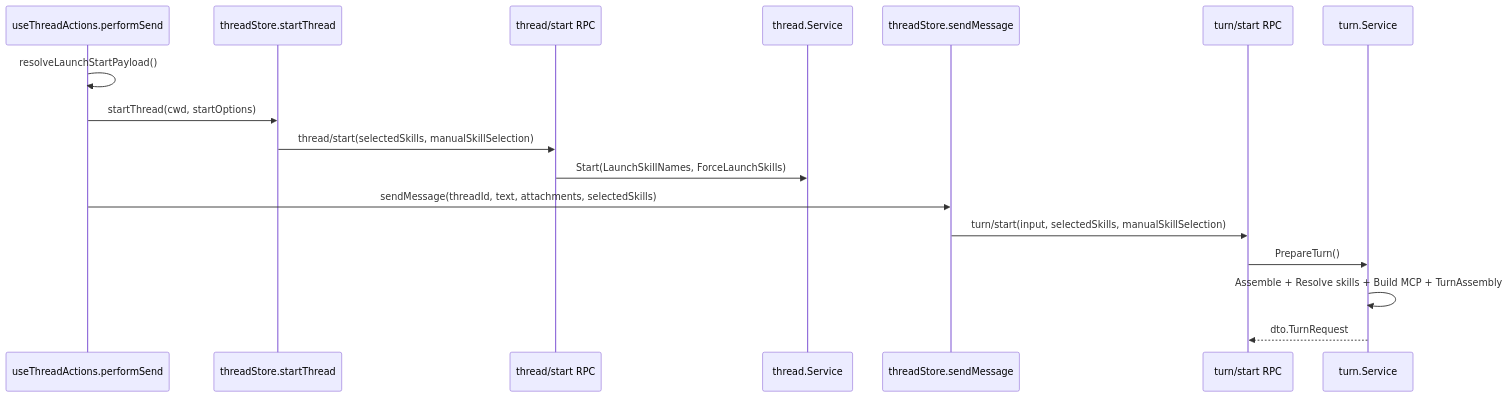
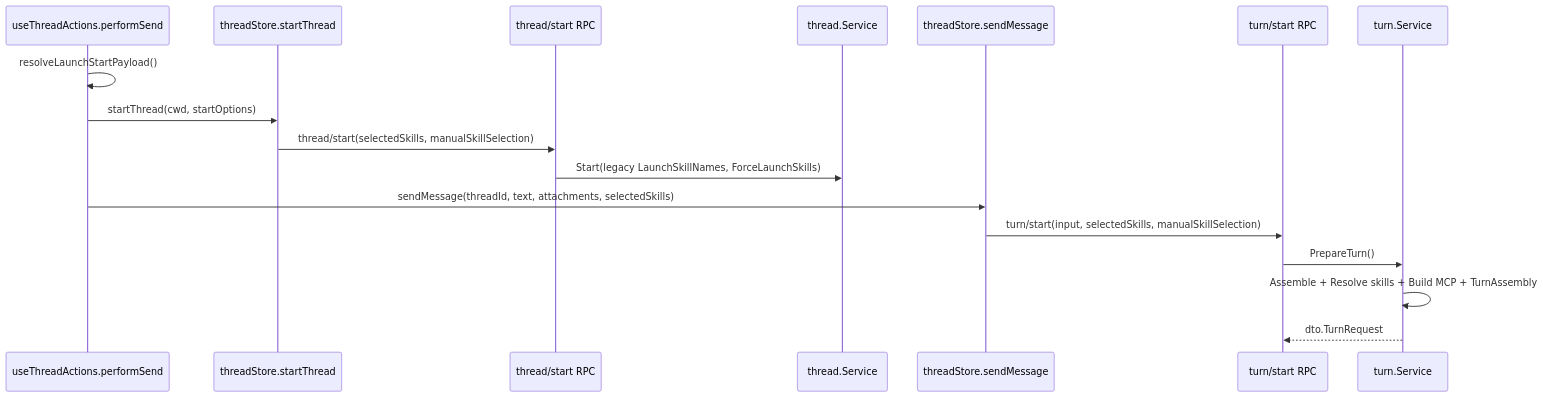
One commit to lihah111222333-cloud/Super-Dolphin-Agent-Cockpit changed the eighth of 8 diagrams in docs/doc/codemap/07-module-write.md. Above: the diagram before and after it, drawn with Mermaid. The commit also changed other lines of this file and 267 other files, not shown here.

````diff
--- a/docs/doc/codemap/07-module-write.md
+++ b/docs/doc/codemap/07-module-write.md
@@ -560,20 +560,20 @@
 ```mermaid
 sequenceDiagram
     participant UI as useThreadActions.performSend
     participant TS as threadStore.startThread
     participant TH as thread/start RPC
     participant T as thread.Service
     participant SM as threadStore.sendMessage
     participant TURN as turn/start RPC
     participant TVC as turn.Service
 
     UI->>UI: resolveLaunchStartPayload()
     UI->>TS: startThread(cwd, startOptions)
     TS->>TH: thread/start(selectedSkills, manualSkillSelection)
-    TH->>T: Start(LaunchSkillNames, ForceLaunchSkills)
+    TH->>T: Start(legacy LaunchSkillNames, ForceLaunchSkills)
     UI->>SM: sendMessage(threadId, text, attachments, selectedSkills)
     SM->>TURN: turn/start(input, selectedSkills, manualSkillSelection)
     TURN->>TVC: PrepareTurn()
     TVC->>TVC: Assemble + Resolve skills + Build MCP + TurnAssembly
     TVC-->>TURN: dto.TurnRequest
 ```
````
